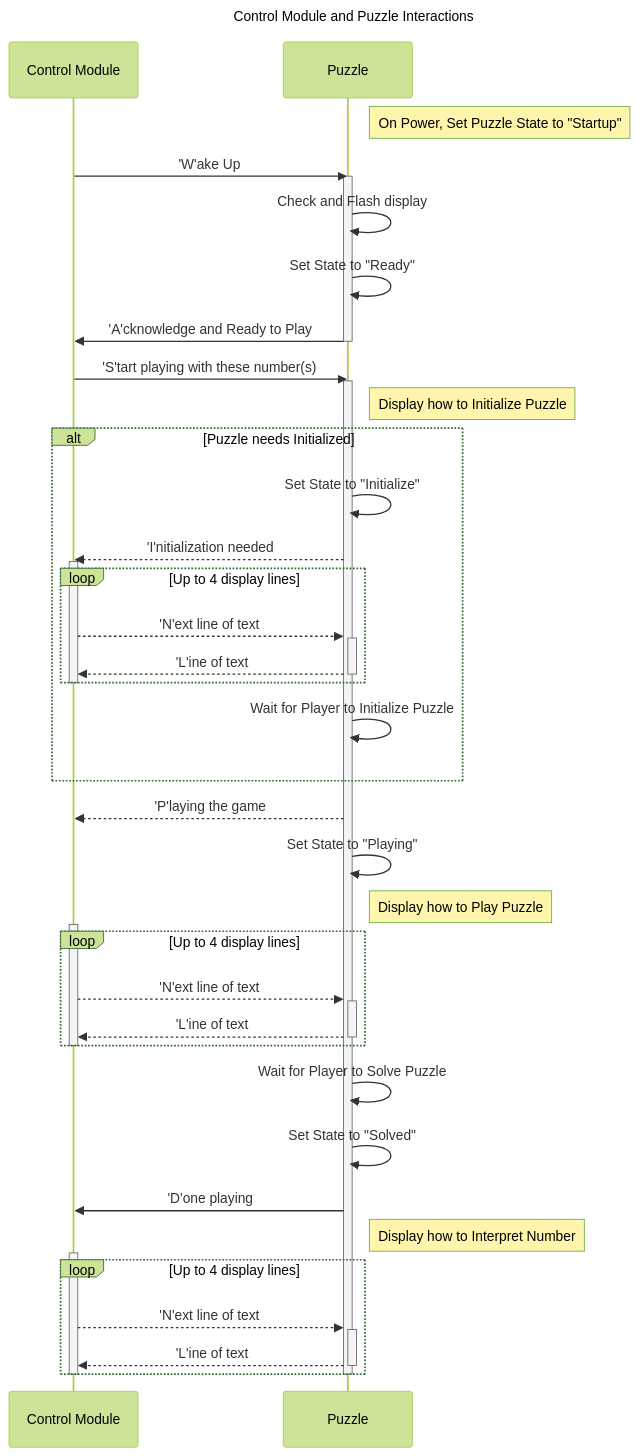
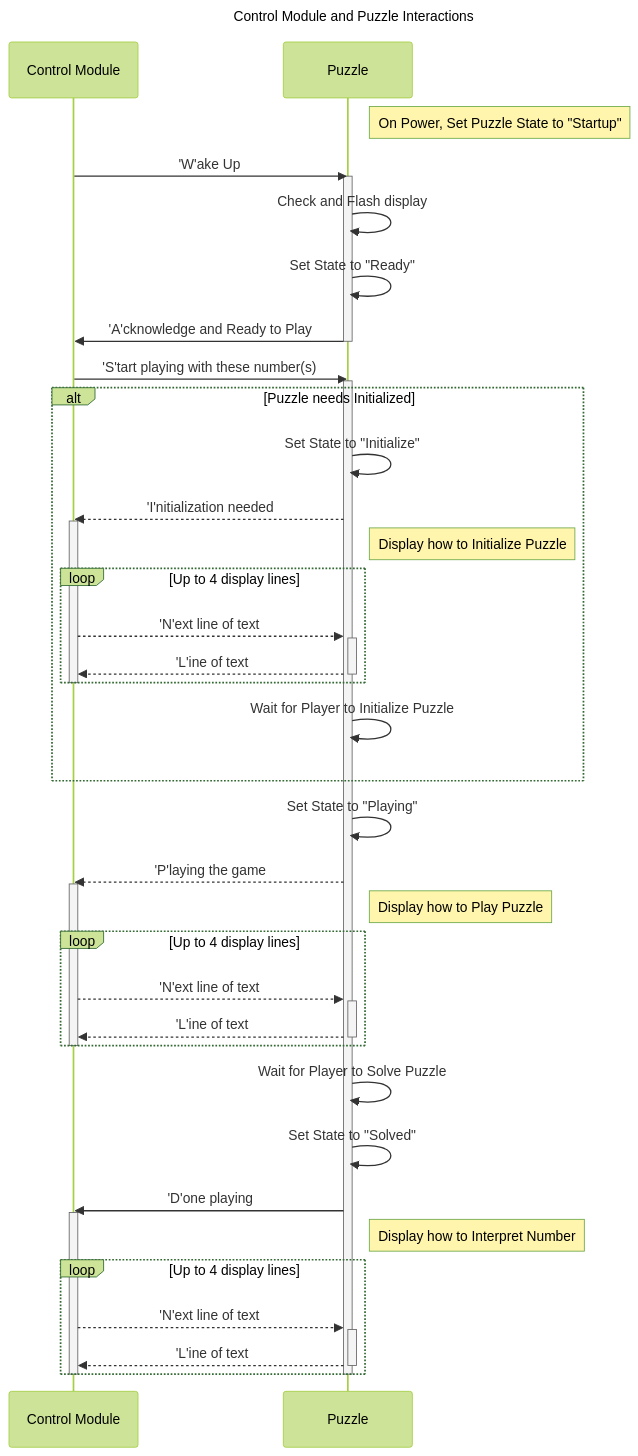
One commit to greggubben/PhoneHomeBusyBox changed the first of 2 diagrams in README.md. Above: the diagram before and after it, drawn with Mermaid (forest theme). The commit also changed other lines of this file, not shown here.

````diff
--- a/README.md
+++ b/README.md
@@ -40,63 +40,63 @@
 ```mermaid
 ---
 title: Control Module and Puzzle Interactions
 ---
 sequenceDiagram
   participant control as Control Module
   participant puzzle as Puzzle
 
   Note right of puzzle: On Power, Set Puzzle State to "Startup"
   control->>puzzle: 'W'ake Up
   activate puzzle
   puzzle->>puzzle: Check and Flash display
   puzzle->>puzzle: Set State to "Ready"
   puzzle->>control: 'A'cknowledge and Ready to Play
   deactivate puzzle
 
   control->>puzzle: 'S'tart playing with these number(s)
   activate puzzle
 
-  Note right of puzzle: Display how to Initialize Puzzle
   alt Puzzle needs Initialized
     puzzle->>puzzle: Set State to "Initialize"
     puzzle-->>control: 'I'nitialization needed
     activate control
+    Note right of puzzle: Display how to Initialize Puzzle
     loop Up to 4 display lines
       control-->>puzzle: 'N'ext line of text
       activate puzzle
       puzzle-->>control: 'L'ine of text
       deactivate puzzle
     end
     deactivate control
     puzzle->>puzzle: Wait for Player to Initialize Puzzle
   end
 
+  puzzle->>puzzle: Set State to "Playing"
   puzzle-->>control: 'P'laying the game
-  puzzle->>puzzle: Set State to "Playing"
+  activate control
   Note right of puzzle: Display how to Play Puzzle
-  activate control
   loop Up to 4 display lines
     control-->>puzzle: 'N'ext line of text
     activate puzzle
     puzzle-->>control: 'L'ine of text
     deactivate puzzle
   end
   deactivate control
 
   puzzle->>puzzle: Wait for Player to Solve Puzzle
 
   puzzle->>puzzle: Set State to "Solved"
   puzzle->>control: 'D'one playing
+  activate control
   Note right of puzzle: Display how to Interpret Number
-  activate control
   loop Up to 4 display lines
     control-->>puzzle: 'N'ext line of text
     activate puzzle
     puzzle-->>control: 'L'ine of text
     deactivate puzzle
   end
   deactivate control
 
   deactivate puzzle
 
 ```
````
